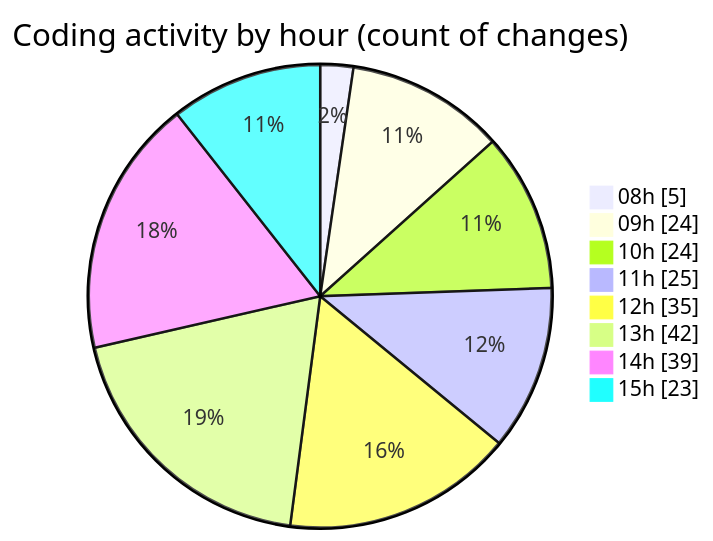
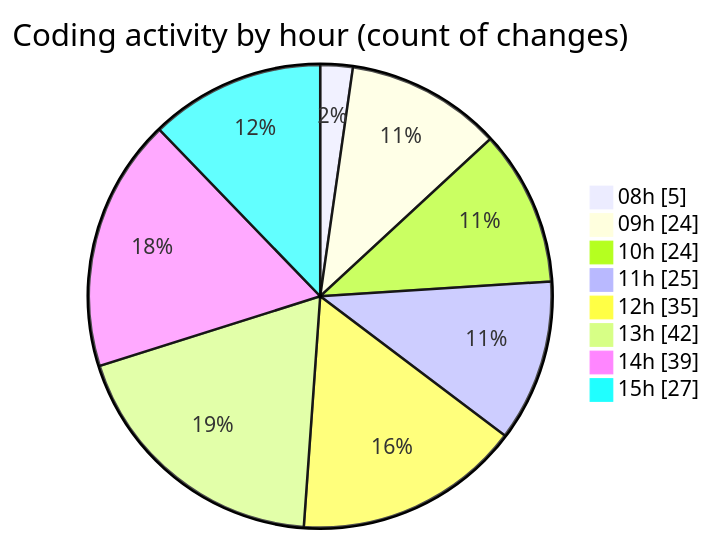
One commit to momahboobian/code-tracking changed the second of 2 diagrams in 2025-11-24/cda/README.md. Above: the diagram before and after it, drawn with Mermaid. The commit also changed other lines of this file and 1 other file, not shown here.

````diff
--- a/2025-11-24/cda/README.md
+++ b/2025-11-24/cda/README.md
@@ -46,12 +46,12 @@
 ```mermaid
 pie showData
 title Coding activity by hour (count of changes)
 "08h" : 5
 "09h" : 24
 "10h" : 24
 "11h" : 25
 "12h" : 35
 "13h" : 42
 "14h" : 39
-"15h" : 23
+"15h" : 27
 ```
````
